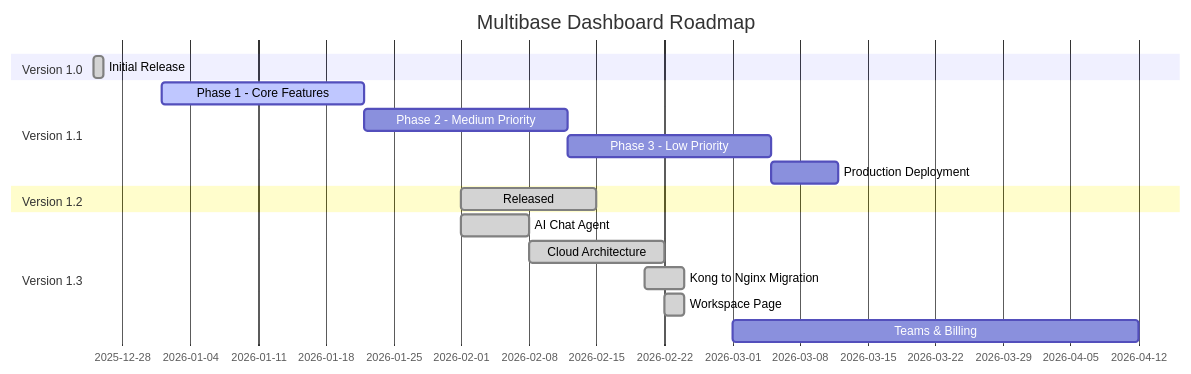
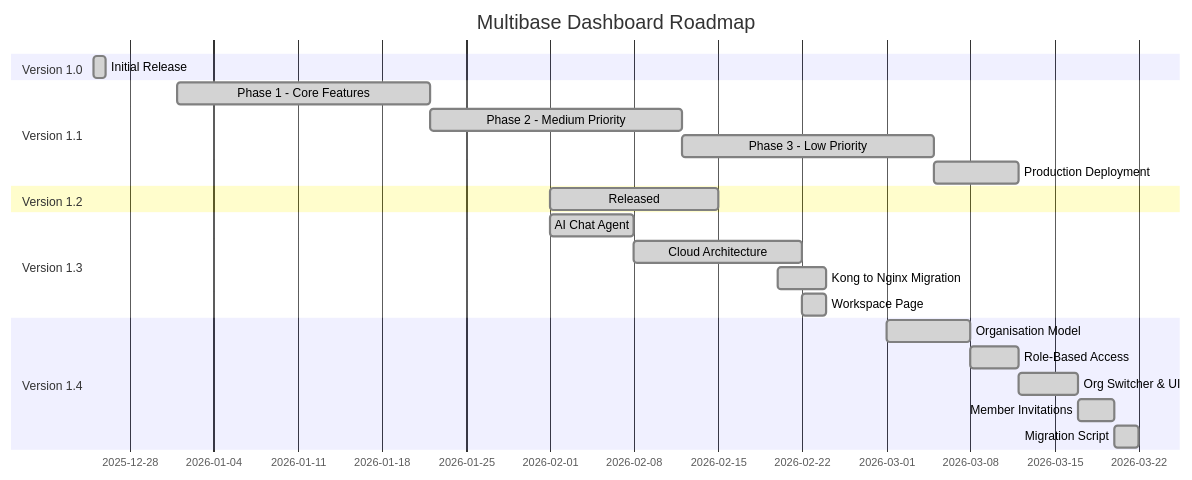
The diagram in Markdowns/VERSION_OVERVIEW.md (kopibaper/multibase2), drawn with Mermaid before and after one commit. The commit also changed other lines of this file and 28 other files, not shown here.

First line of the commit message:
feat: add multi-tenancy and organisation model in v1.4

````diff
--- a/Markdowns/VERSION_OVERVIEW.md
+++ b/Markdowns/VERSION_OVERVIEW.md
@@ -146,20 +160,25 @@
 ```mermaid
 gantt
     title Multibase Dashboard Roadmap
     dateFormat YYYY-MM-DD
     section Version 1.0
     Initial Release           :done, 2025-12-25, 1d
     section Version 1.1
-    Phase 1 - Core Features     :active, 2026-01-01, 3w
-    Phase 2 - Medium Priority   :2026-01-22, 3w
-    Phase 3 - Low Priority      :2026-02-12, 3w
-    Production Deployment       :2026-03-05, 1w
+    Phase 1 - Core Features     :done, 2026-01-01, 3w
+    Phase 2 - Medium Priority   :done, 2026-01-22, 3w
+    Phase 3 - Low Priority      :done, 2026-02-12, 3w
+    Production Deployment       :done, 2026-03-05, 1w
     section Version 1.2
     Released                    :done, 2026-02-01, 2w
     section Version 1.3
     AI Chat Agent               :done, 2026-02-01, 1w
     Cloud Architecture          :done, 2026-02-08, 2w
     Kong to Nginx Migration     :done, 2026-02-20, 4d
     Workspace Page              :done, 2026-02-22, 2d
-    Teams & Billing             :2026-03-01, 6w
+    section Version 1.4
+    Organisation Model          :done, 2026-03-01, 1w
+    Role-Based Access           :done, 2026-03-08, 4d
+    Org Switcher & UI           :done, 2026-03-12, 5d
+    Member Invitations          :done, 2026-03-17, 3d
+    Migration Script            :done, 2026-03-20, 2d
 ```
````
